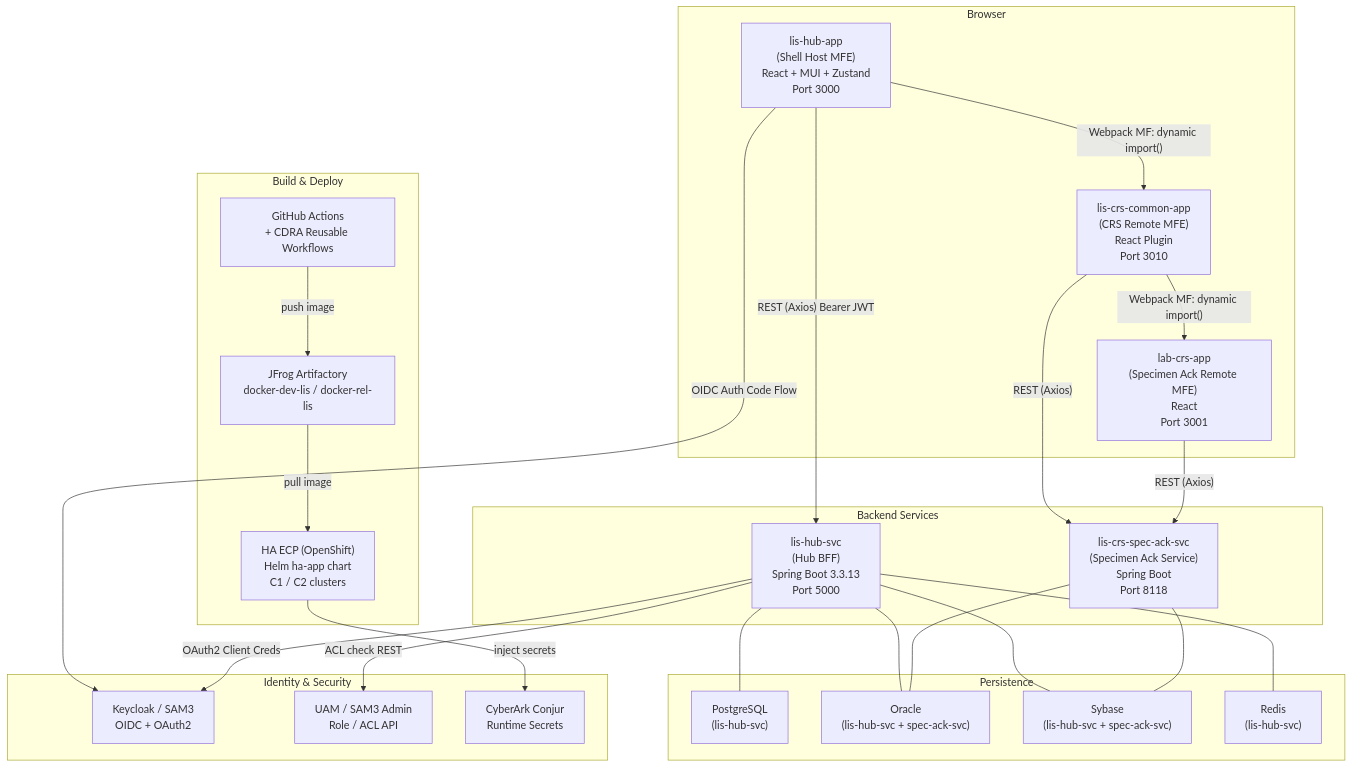
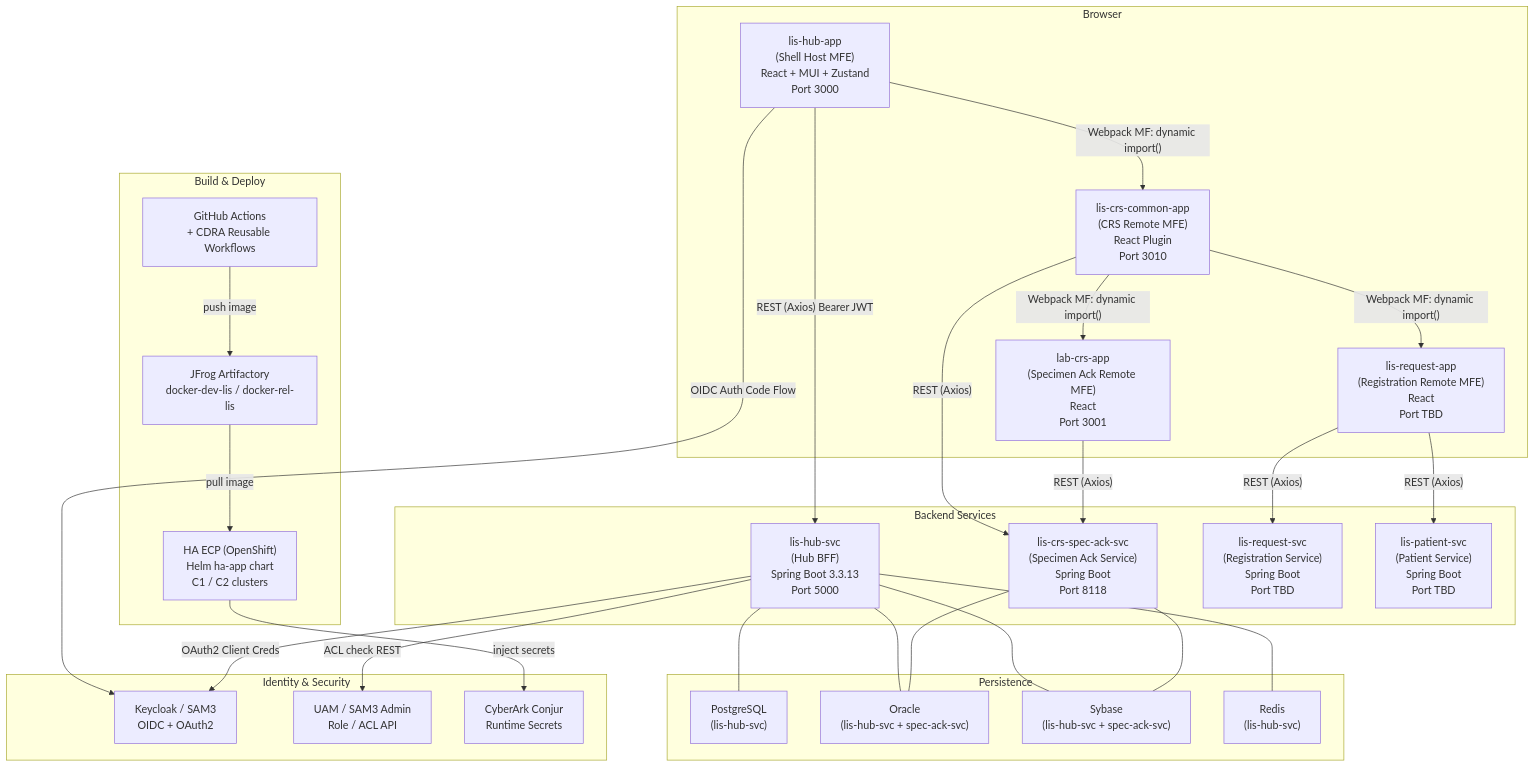
One commit to DragonChong/HA-Notes changed the diagram in LIS/ECP/Micro-Frontend-Backend Architecture/00 - Overview.md. Above: the diagram before and after it, drawn with Mermaid. The commit also changed other lines of this file and 4 other files, not shown here.

````diff
--- a/LIS/ECP/Micro-Frontend-Backend Architecture/00 - Overview.md
+++ b/LIS/ECP/Micro-Frontend-Backend Architecture/00 - Overview.md
@@ -22,50 +22,56 @@
 ```mermaid
 graph TB
     subgraph "Browser"
         Hub["lis-hub-app\n(Shell Host MFE)\nReact + MUI + Zustand\nPort 3000"]
         CRS["lis-crs-common-app\n(CRS Remote MFE)\nReact Plugin\nPort 3010"]
         LAB["lab-crs-app\n(Specimen Ack Remote MFE)\nReact\nPort 3001"]
+        REQ["lis-request-app\n(Registration Remote MFE)\nReact\nPort TBD"]
     end
 
     subgraph "Backend Services"
         HubSvc["lis-hub-svc\n(Hub BFF)\nSpring Boot 3.3.13\nPort 5000"]
         SpecAck["lis-crs-spec-ack-svc\n(Specimen Ack Service)\nSpring Boot\nPort 8118"]
+        ReqSvc["lis-request-svc\n(Registration Service)\nSpring Boot\nPort TBD"]
+        PatSvc["lis-patient-svc\n(Patient Service)\nSpring Boot\nPort TBD"]
     end
 
     subgraph "Persistence"
         PG["PostgreSQL\n(lis-hub-svc)"]
         ORA["Oracle\n(lis-hub-svc + spec-ack-svc)"]
         SYB["Sybase\n(lis-hub-svc + spec-ack-svc)"]
         REDIS["Redis\n(lis-hub-svc)"]
     end
 
     subgraph "Identity & Security"
         KC["Keycloak / SAM3\nOIDC + OAuth2"]
         UAM["UAM / SAM3 Admin\nRole / ACL API"]
         CYB["CyberArk Conjur\nRuntime Secrets"]
     end
 
     subgraph "Build & Deploy"
         GH["GitHub Actions\n+ CDRA Reusable Workflows"]
         ART["JFrog Artifactory\ndocker-dev-lis / docker-rel-lis"]
         OCP["HA ECP (OpenShift)\nHelm ha-app chart\nC1 / C2 clusters"]
     end
 
     Hub -->|"Webpack MF: dynamic import()"| CRS
     CRS -->|"Webpack MF: dynamic import()"| LAB
+    CRS -->|"Webpack MF: dynamic import()"| REQ
     Hub -->|"REST (Axios) Bearer JWT"| HubSvc
     CRS -->|"REST (Axios)"| SpecAck
     LAB -->|"REST (Axios)"| SpecAck
+    REQ -->|"REST (Axios)"| ReqSvc
+    REQ -->|"REST (Axios)"| PatSvc
     Hub -->|"OIDC Auth Code Flow"| KC
     HubSvc -->|"OAuth2 Client Creds"| KC
     HubSvc -->|"ACL check REST"| UAM
     HubSvc --- PG
     HubSvc --- ORA
     HubSvc --- SYB
     HubSvc --- REDIS
     SpecAck --- ORA
     SpecAck --- SYB
     GH -->|"push image"| ART
     ART -->|"pull image"| OCP
     OCP -->|"inject secrets"| CYB
 ```
````
